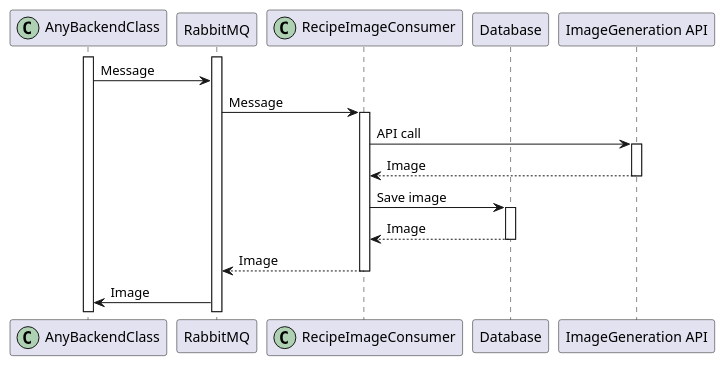
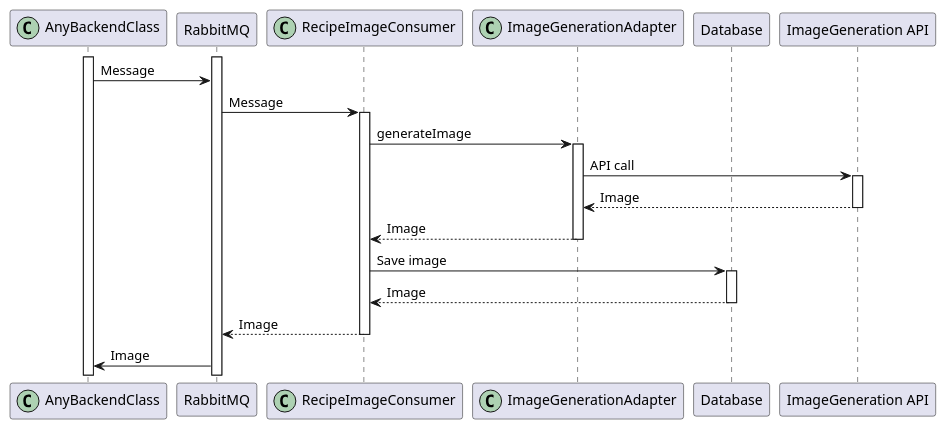
The third of 6 diagrams in SequenceDiagrams.md (kambed/FoodzillaArchitecture), drawn with PlantUML before and after one commit. The commit also changed other lines of this file and 4 other files, not shown here.

Commit message:
Update sequence diagrams

````diff
--- a/SequenceDiagrams.md
+++ b/SequenceDiagrams.md
@@ -67,25 +67,29 @@
 ```plantuml
 @startuml
 participant AnyBackendClass << (C,#ADD1B2) >>
 participant "RabbitMQ" as rabbitmq
 participant RecipeImageConsumer  << (C,#ADD1B2) >>
+participant ImageGenerationAdapter << (C,#ADD1B2) >>
 participant "Database" as db
 participant "ImageGeneration API" as imageGenerationApi
 
 activate AnyBackendClass
 activate rabbitmq
 AnyBackendClass -> rabbitmq: Message
 rabbitmq -> RecipeImageConsumer: Message
 activate RecipeImageConsumer
-RecipeImageConsumer -> imageGenerationApi: API call
+RecipeImageConsumer -> ImageGenerationAdapter: generateImage
+activate ImageGenerationAdapter
+ImageGenerationAdapter -> imageGenerationApi: API call
 activate imageGenerationApi
+return Image
 return Image
 RecipeImageConsumer -> db: Save image
 activate db
 return Image
 return Image
 rabbitmq -> AnyBackendClass: Image
 
 
 @enduml
 ```
````
